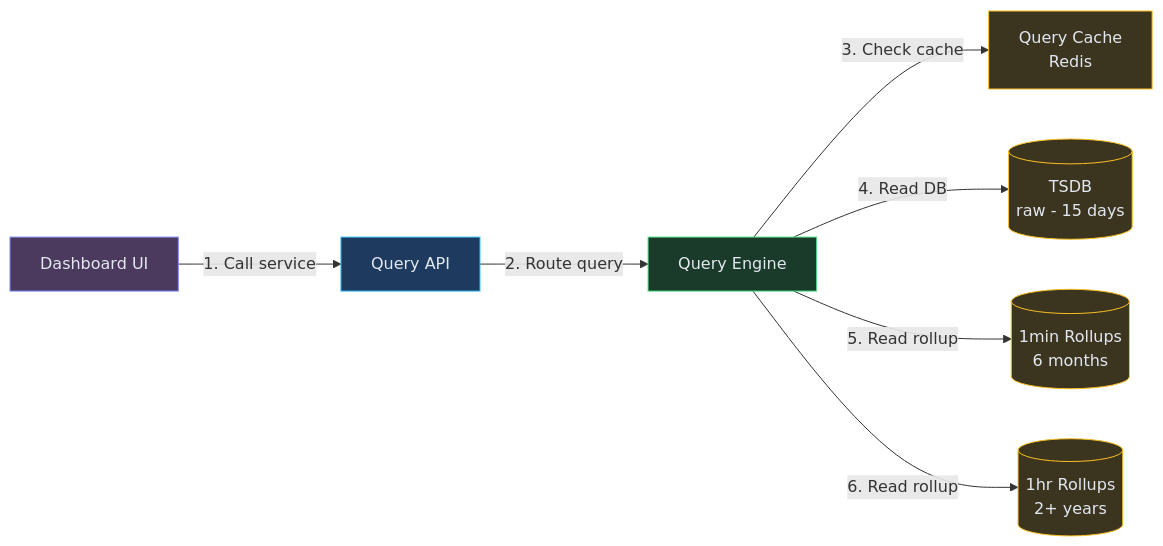
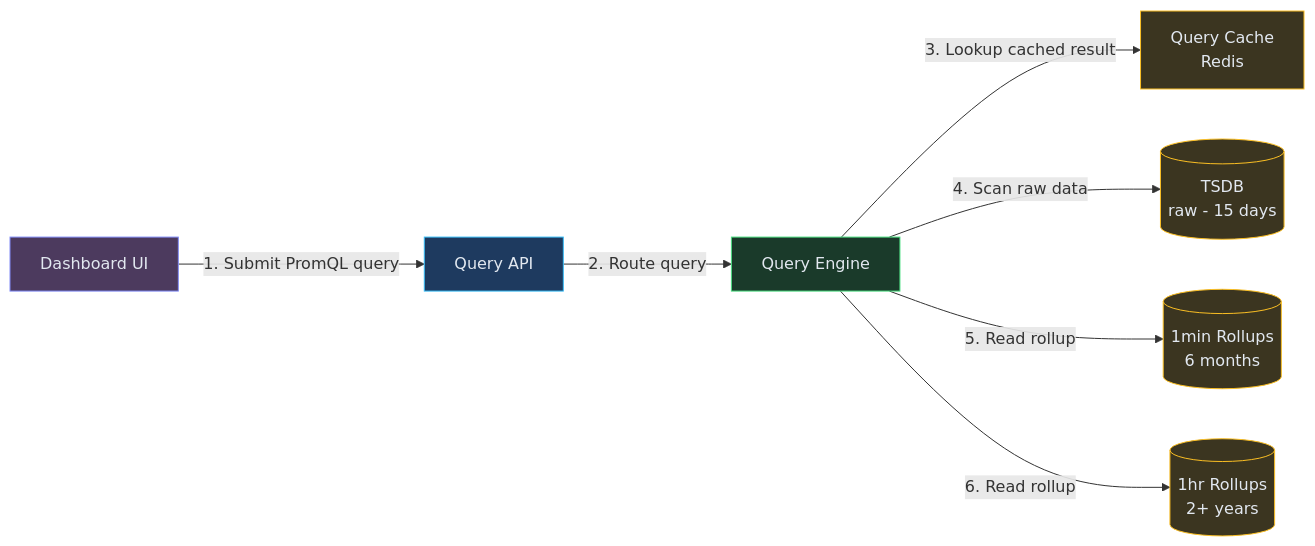
The third of 7 diagrams in content/hld/MetricsMonitoring.md (iluzn/HLD-Designs), drawn with Mermaid before and after one commit. The commit also changed other lines of this file and 27 other files, not shown here.

````diff
--- a/content/hld/MetricsMonitoring.md
+++ b/content/hld/MetricsMonitoring.md
@@ -219,22 +219,22 @@
 ```mermaid
 flowchart LR
     DASH["Dashboard UI"]:::client
     QAPI["Query API"]:::edge
     QENG["Query Engine"]:::service
     TSDB[("TSDB<br/>raw - 15 days")]:::data
     ROLLUP1[("1min Rollups<br/>6 months")]:::data
     ROLLUP2[("1hr Rollups<br/>2+ years")]:::data
     CACHE["Query Cache<br/>Redis"]:::data
 
-    DASH -->|"1. Call service"| QAPI
+    DASH -->|"1. Submit PromQL query"| QAPI
     QAPI -->|"2. Route query"| QENG
-    QENG -->|"3. Check cache"| CACHE
-    QENG -->|"4. Read DB"| TSDB
+    QENG -->|"3. Lookup cached result"| CACHE
+    QENG -->|"4. Scan raw data"| TSDB
     QENG -->|"5. Read rollup"| ROLLUP1
     QENG -->|"6. Read rollup"| ROLLUP2
 
     classDef client fill:#4c3a5e,stroke:#818cf8,color:#e2e8f0
     classDef edge fill:#1e3a5f,stroke:#38bdf8,color:#e2e8f0
     classDef service fill:#1a3a2a,stroke:#4ade80,color:#e2e8f0
     classDef data fill:#3b3520,stroke:#fbbf24,color:#e2e8f0
 ```
````
